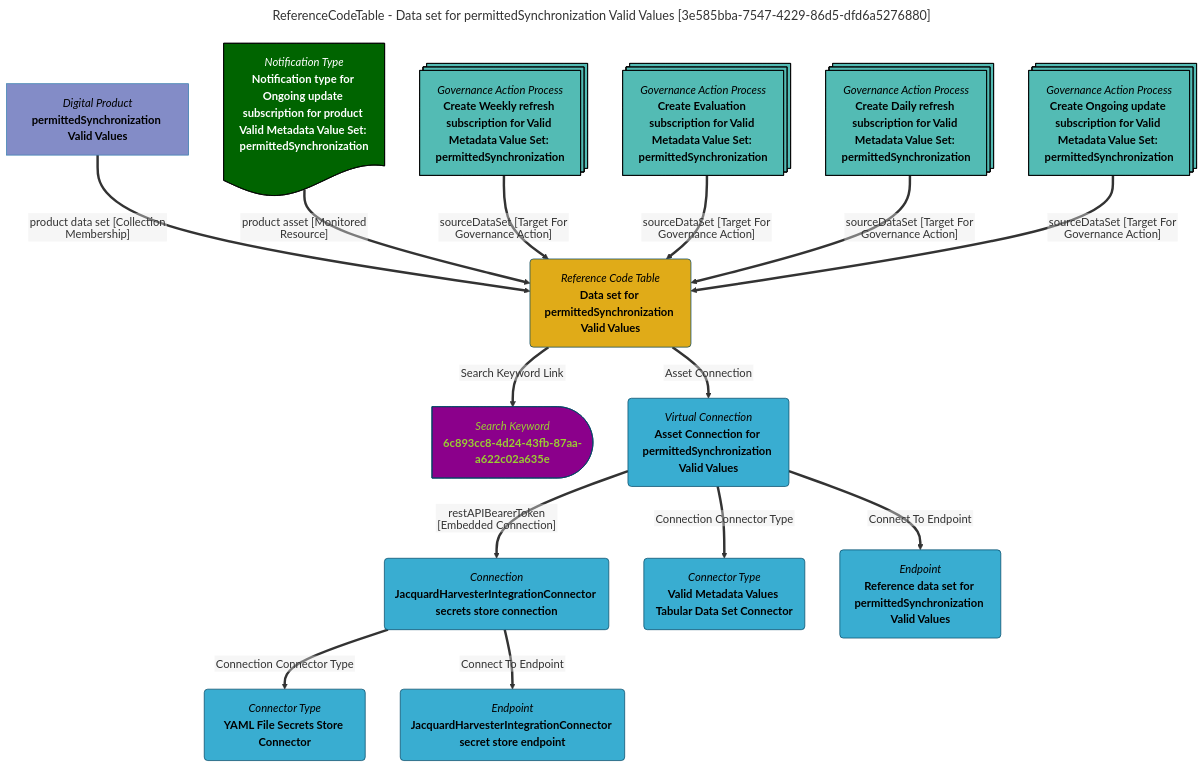
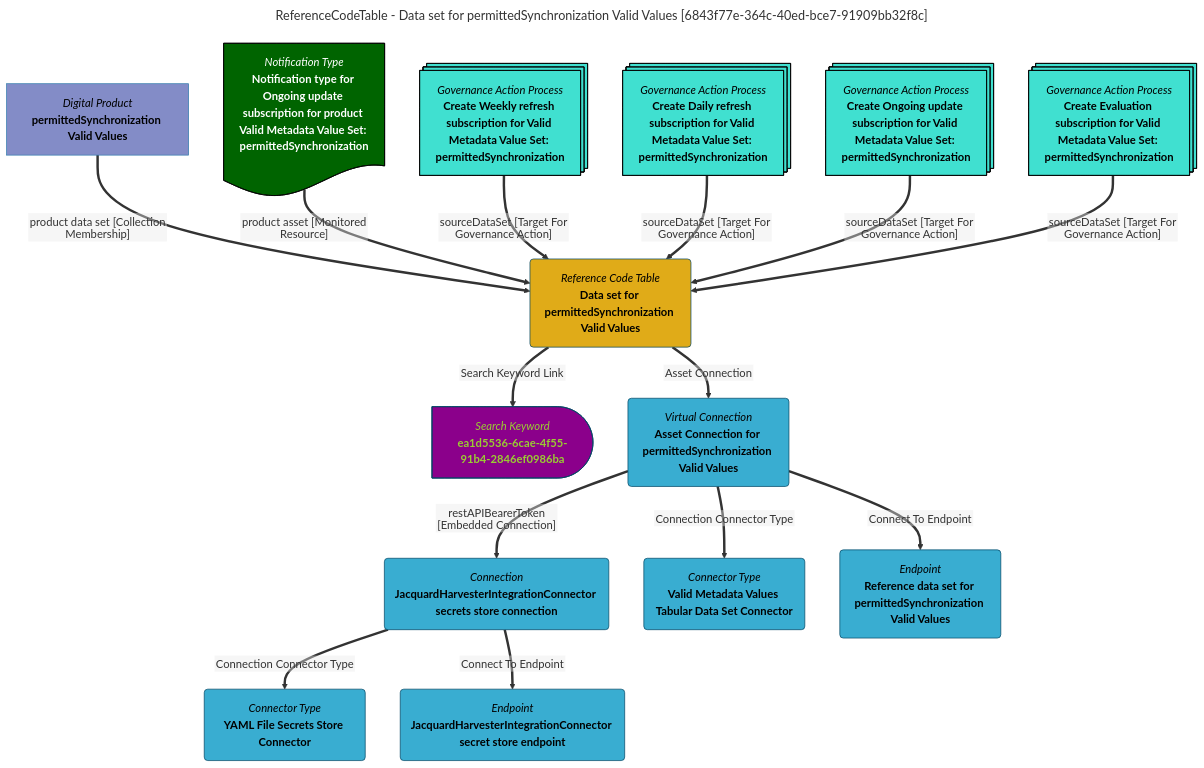
Before and after one commit to odpi/egeria-docs: the diagram in site/snippets/data-assets/data-set-for-permittedsynchronization-valid-values-mermaid-graph.md, drawn with Mermaid. The commit also changed 2201 other files, not shown here.

````diff
--- a/site/snippets/data-assets/data-set-for-permittedsynchronization-valid-values-mermaid-graph.md
+++ b/site/snippets/data-assets/data-set-for-permittedsynchronization-valid-values-mermaid-graph.md
@@ -1,63 +1,63 @@
 ```mermaid
 ---
-title: ReferenceCodeTable - Data set for permittedSynchronization Valid Values [3e585bba-7547-4229-86d5-dfd6a5276880]
+title: ReferenceCodeTable - Data set for permittedSynchronization Valid Values [6843f77e-364c-40ed-bce7-91909bb32f8c]
 ---
 flowchart TD
 %%{init: {"flowchart": {"htmlLabels": false}} }%%
 
 1@{ shape: rounded, label: "*Reference Code Table*
 **Data set for permittedSynchronization Valid Values**"}
 2@{ shape: delay, label: "*Search Keyword*
-**6c893cc8-4d24-43fb-87aa-a622c02a635e**"}
+**ea1d5536-6cae-4f55-91b4-2846ef0986ba**"}
 1==>|"Search Keyword Link"|2
 3@{ shape: rect, label: "*Digital Product*
 **permittedSynchronization Valid Values**"}
 3==>|"product data set [Collection Membership]"|1
 4@{ shape: rounded, label: "*Virtual Connection*
 **Asset Connection for permittedSynchronization Valid Values**"}
 1==>|"Asset Connection"|4
 5@{ shape: rounded, label: "*Connection*
 **JacquardHarvesterIntegrationConnector secrets store connection**"}
 4==>|"restAPIBearerToken [Embedded Connection]"|5
 6@{ shape: rounded, label: "*Connector Type*
 **YAML File Secrets Store Connector**"}
 5==>|"Connection Connector Type"|6
 7@{ shape: rounded, label: "*Endpoint*
 **JacquardHarvesterIntegrationConnector secret store endpoint**"}
 5==>|"Connect To Endpoint"|7
 8@{ shape: rounded, label: "*Connector Type*
 **Valid Metadata Values Tabular Data Set Connector**"}
 4==>|"Connection Connector Type"|8
 9@{ shape: rounded, label: "*Endpoint*
 **Reference data set for permittedSynchronization Valid Values**"}
 4==>|"Connect To Endpoint"|9
 10@{ shape: doc, label: "*Notification Type*
 **Notification type for Ongoing update subscription for product Valid Metadata Value Set: permittedSynchronization**"}
 10==>|"product asset [Monitored Resource]"|1
 11@{ shape: processes, label: "*Governance Action Process*
 **Create Weekly refresh subscription for Valid Metadata Value Set: permittedSynchronization**"}
 11==>|"sourceDataSet [Target For Governance Action]"|1
 12@{ shape: processes, label: "*Governance Action Process*
-**Create Evaluation subscription for Valid Metadata Value Set: permittedSynchronization**"}
+**Create Daily refresh subscription for Valid Metadata Value Set: permittedSynchronization**"}
 12==>|"sourceDataSet [Target For Governance Action]"|1
 13@{ shape: processes, label: "*Governance Action Process*
-**Create Daily refresh subscription for Valid Metadata Value Set: permittedSynchronization**"}
+**Create Ongoing update subscription for Valid Metadata Value Set: permittedSynchronization**"}
 13==>|"sourceDataSet [Target For Governance Action]"|1
 14@{ shape: processes, label: "*Governance Action Process*
-**Create Ongoing update subscription for Valid Metadata Value Set: permittedSynchronization**"}
+**Create Evaluation subscription for Valid Metadata Value Set: permittedSynchronization**"}
 14==>|"sourceDataSet [Target For Governance Action]"|1
-style 11 color:#000000, fill:#53bbb4, stroke:#000000
-style 12 color:#000000, fill:#53bbb4, stroke:#000000
-style 13 color:#000000, fill:#53bbb4, stroke:#000000
-style 14 color:#000000, fill:#53bbb4, stroke:#000000
+style 11 color:#000000, fill:#40E0D0, stroke:#000000
+style 12 color:#000000, fill:#40E0D0, stroke:#000000
+style 13 color:#000000, fill:#40E0D0, stroke:#000000
+style 14 color:#000000, fill:#40E0D0, stroke:#000000
 style 1 color:#000000, fill:#e0ab18, stroke:#004563
-style 2 color:#9acd32, fill:#8b008b, stroke:#004563
+style 2 color:#9ACD32, fill:#8B008B, stroke:#004563
 style 3 color:#000000, fill:#838cc7, stroke:#3079ab
 style 4 color:#000000, fill:#39add1, stroke:#004563
 style 5 color:#000000, fill:#39add1, stroke:#004563
 style 6 color:#000000, fill:#39add1, stroke:#004563
 style 7 color:#000000, fill:#39add1, stroke:#004563
 style 8 color:#000000, fill:#39add1, stroke:#004563
 style 9 color:#000000, fill:#39add1, stroke:#004563
 style 10 color:#FFFFFF, fill:#006400, stroke:#000000
 ```
````
